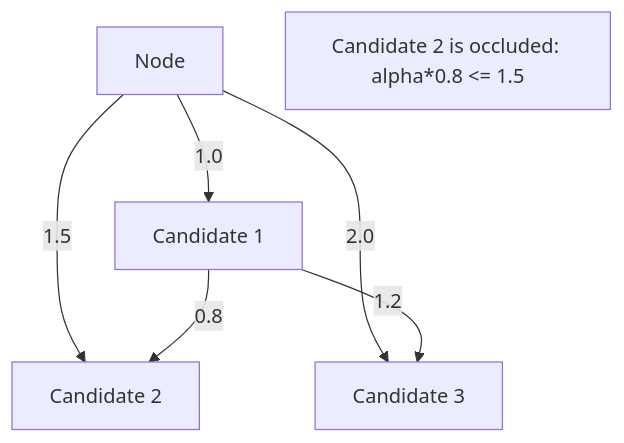
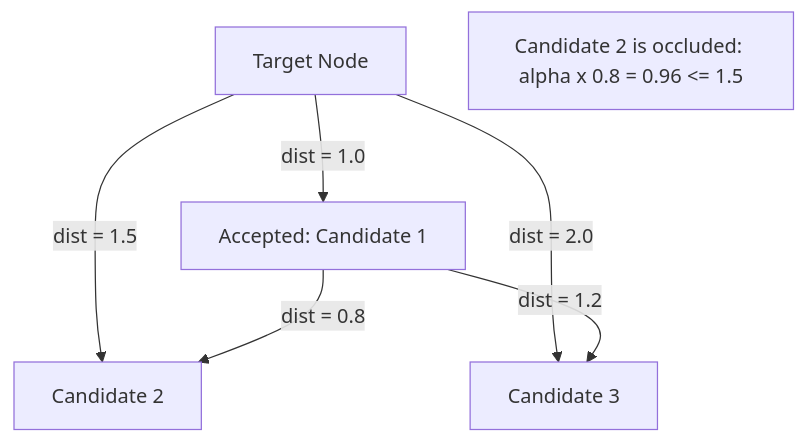
Before and after one commit to nexepic/zyx: the fifth of 6 diagrams in docs/apps/docs/content/docs/en/zyx/algorithms/diskann.mdx, drawn with Mermaid. The commit also changed other lines of this file and 73 other files, not shown here.

````diff
--- a/docs/apps/docs/content/docs/en/zyx/algorithms/diskann.mdx
+++ b/docs/apps/docs/content/docs/en/zyx/algorithms/diskann.mdx
@@ -316,12 +239,11 @@
 ```mermaid
 graph TD
-    A[Node] -->|1.0| B[Candidate 1]
-    A -->|1.5| C[Candidate 2]
-    A -->|2.0| D[Candidate 3]
+    A[Target Node] -->|dist = 1.0| B[Accepted: Candidate 1]
+    A -->|dist = 1.5| C[Candidate 2]
+    A -->|dist = 2.0| D[Candidate 3]
 
-    B -->|0.8| C
-    B -->|1.2| D
+    B -->|dist = 0.8| C
+    B -->|dist = 1.2| D
 
-
-    Note["Candidate 2 is occluded: alpha*0.8 <= 1.5"]
+    Note["Candidate 2 is occluded: alpha x 0.8 = 0.96 <= 1.5"]
 ```
````
